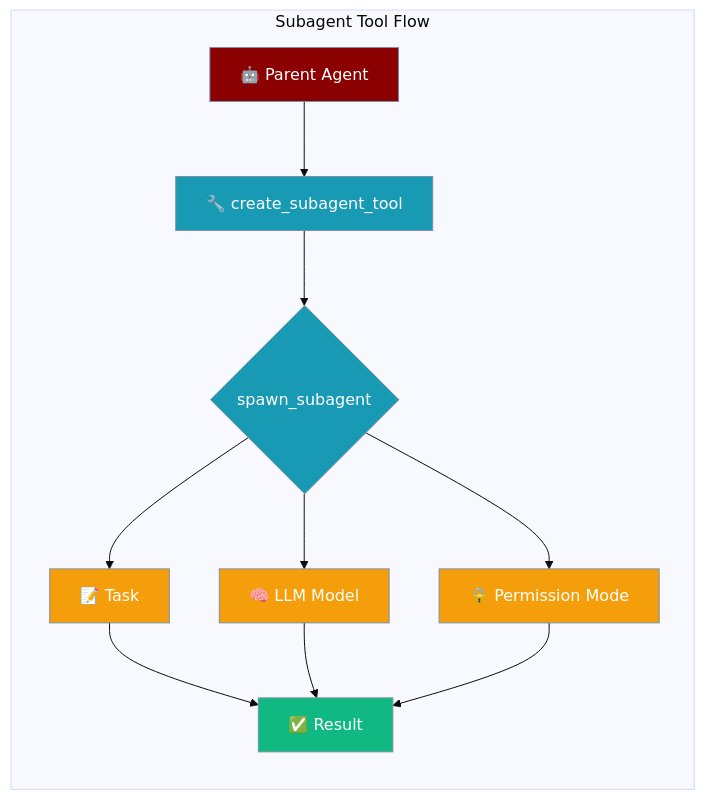
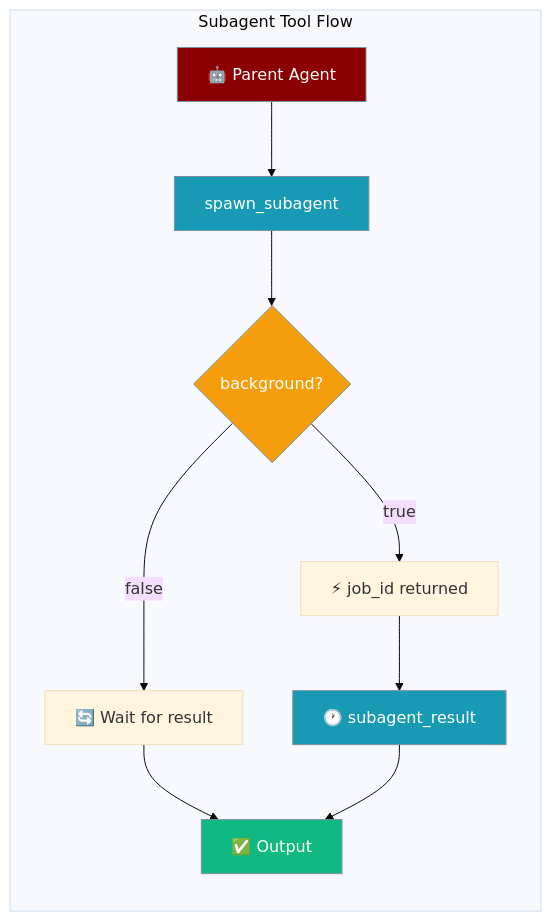
The first of 3 diagrams in docs/features/subagent-tool.mdx (MervinPraison/PraisonAIDocs), drawn with Mermaid (base theme) before and after one commit. The commit also changed other lines of this file and 7 other files, not shown here.

````diff
--- a/docs/features/subagent-tool.mdx
+++ b/docs/features/subagent-tool.mdx
@@ -10,23 +10,23 @@
 ```mermaid
 graph LR
     subgraph "Subagent Tool Flow"
-        A[🤖 Parent Agent] --> B[🔧 create_subagent_tool]
-        B --> C{spawn_subagent}
-        C --> D[📝 Task]
-        C --> E[🧠 LLM Model]
-        C --> F[🔒 Permission Mode]
-        D --> G[✅ Result]
-        E --> G
-        F --> G
+        A[🤖 Parent Agent] --> B[spawn_subagent]
+        B --> C{background?}
+        C -->|false| D[🔄 Wait for result]
+        C -->|true| E[⚡ job_id returned]
+        D --> F[✅ Output]
+        E --> G[🕐 subagent_result]
+        G --> F
     end
     
     classDef agent fill:#8B0000,stroke:#7C90A0,color:#fff
     classDef tool fill:#189AB4,stroke:#7C90A0,color:#fff
-    classDef config fill:#F59E0B,stroke:#7C90A0,color:#fff
+    classDef decision fill:#F59E0B,stroke:#7C90A0,color:#fff
     classDef result fill:#10B981,stroke:#7C90A0,color:#fff
     
     class A agent
-    class B,C tool
-    class D,E,F config
-    class G result
+    class B,G tool
+    class C decision
+    class D,E config
+    class F result
 ```
````
